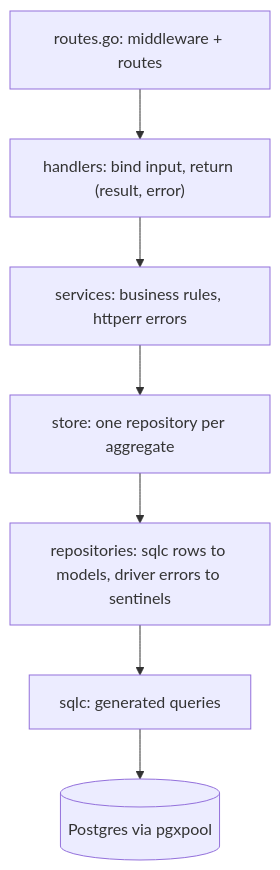
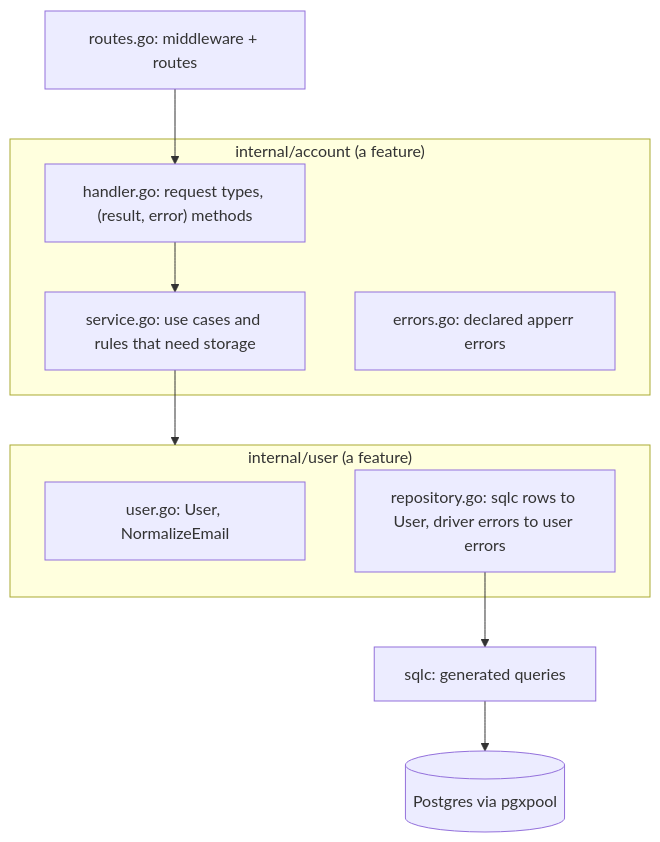
The second of 4 diagrams in docs/architecture.md (imlargo/medusa), drawn with Mermaid before and after one commit. The commit also changed other lines of this file and 4 other files, not shown here.

Commit message:
docs: add the error and business rule standard (ADR 0003)

````diff
--- a/docs/architecture.md
+++ b/docs/architecture.md
@@ -36,9 +38,15 @@
 ```mermaid
 flowchart TD
-    routes["routes.go: middleware + routes"] --> handlers
-    handlers["handlers: bind input, return (result, error)"] --> services
-    services["services: business rules, httperr errors"] --> store
-    store["store: one repository per aggregate"] --> repos
-    repos["repositories: sqlc rows to models, driver errors to sentinels"] --> sqlc
-    sqlc["sqlc: generated queries"] --> pg[("Postgres via pgxpool")]
+    routes["routes.go: middleware + routes"] --> handler
+    subgraph feature["internal/account (a feature)"]
+        handler["handler.go: request types, (result, error) methods"] --> service
+        service["service.go: use cases and rules that need storage"]
+        errs["errors.go: declared apperr errors"]
+    end
+    service --> userpkg
+    subgraph userpkg["internal/user (a feature)"]
+        model["user.go: User, NormalizeEmail"]
+        repo["repository.go: sqlc rows to User, driver errors to user errors"]
+    end
+    repo --> sqlc["sqlc: generated queries"] --> pg[("Postgres via pgxpool")]
 ```
````
